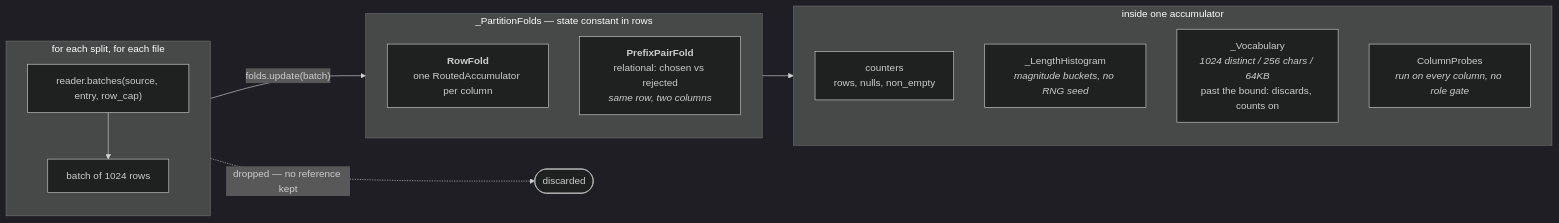
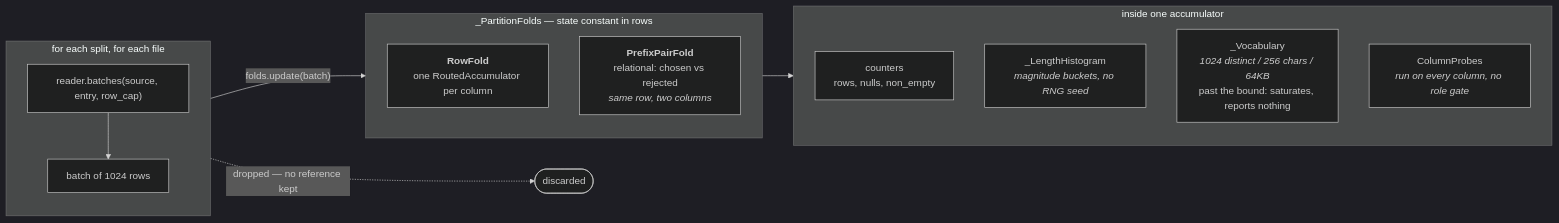
The second of 3 diagrams in plugins/nemo-datasets/README.md (NVIDIA-NeMo/nemo-platform), drawn with Mermaid (dark theme) before and after one commit. The commit also changed other lines of this file and 3 other files, not shown here.

````diff
--- a/plugins/nemo-datasets/README.md
+++ b/plugins/nemo-datasets/README.md
@@ -487,28 +487,28 @@
 ```mermaid
 flowchart LR
     subgraph FILES["for each split, for each file"]
         direction TB
         OPEN["reader.batches(source, entry, row_cap)"]
         OPEN --> B1["batch of 1024 rows"]
     end
 
     B1 -->|"folds.update(batch)"| FOLD
 
     subgraph FOLD["_PartitionFolds — state constant in rows"]
         direction TB
         COL["<b>RowFold</b><br/>one RoutedAccumulator per column"]
         PRE["<b>PrefixPairFold</b><br/>relational: chosen vs rejected<br/><i>same row, two columns</i>"]
     end
 
     B1 -.->|"dropped — no reference kept"| GONE(["discarded"])
 
     FOLD --> ACC
 
     subgraph ACC["inside one accumulator"]
         direction TB
         CNT["counters<br/>rows, nulls, non_empty"]
         HIST["_LengthHistogram<br/><i>magnitude buckets, no RNG seed</i>"]
-        VOC["_Vocabulary<br/><i>1024 distinct / 256 chars / 64KB</i><br/>past the bound: discards, counts on"]
+        VOC["_Vocabulary<br/><i>1024 distinct / 256 chars / 64KB</i><br/>past the bound: saturates, reports nothing"]
         PROBE["ColumnProbes<br/><i>run on every column, no role gate</i>"]
     end
 ```
````
